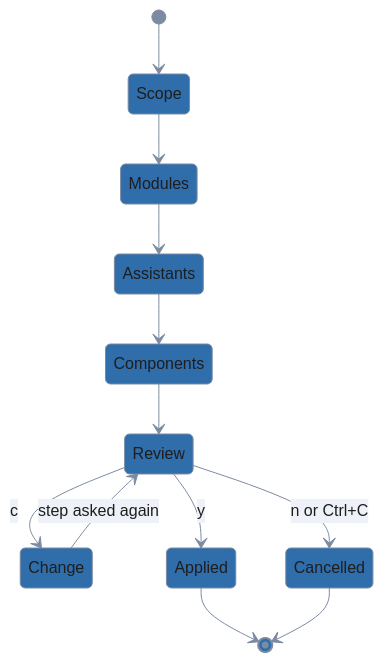
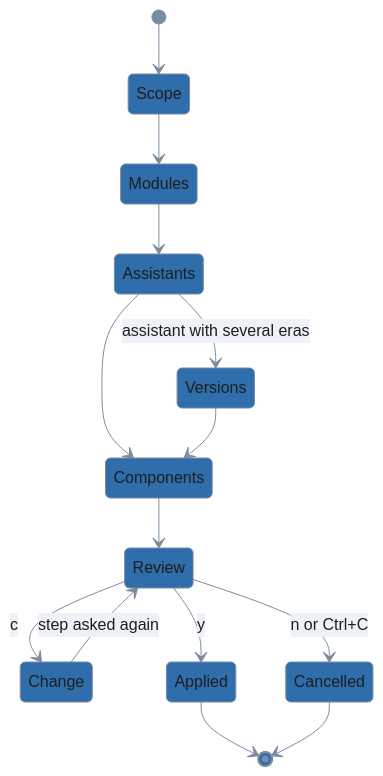
The diagram in docs/guides/choosing-what-to-install.md (trevor-vaughan/lola-go), drawn with Mermaid before and after one commit. The commit also changed other lines of this file and 58 other files, not shown here.

````diff
--- a/docs/guides/choosing-what-to-install.md
+++ b/docs/guides/choosing-what-to-install.md
@@ -13,30 +15,32 @@
 ```mermaid
 %%{init: {'theme': 'base', 'themeVariables': {
   'primaryColor': '#2f6dab',
   'primaryTextColor': '#1e1e1e',
   'primaryBorderColor': '#7c8ba1',
   'lineColor': '#7c8ba1',
   'edgeLabelBackground': '#eef2f8',
   'tertiaryColor': 'transparent',
   'tertiaryTextColor': '#7c8ba1',
   'tertiaryBorderColor': '#7c8ba1',
   'clusterBkg': 'transparent',
   'clusterBorder': '#7c8ba1',
   'titleColor': '#7c8ba1',
   'noteBkgColor': '#eef2f8',
   'noteTextColor': '#1e1e1e',
   'fontFamily': 'system-ui, sans-serif'
 }, 'themeCSS': '.node .nodeLabel{color:#ffffff!important;fill:#ffffff!important;}'}}%%
 stateDiagram-v2
   [*] --> Scope
   Scope --> Modules
   Modules --> Assistants
+  Assistants --> Versions: assistant with several eras
   Assistants --> Components
+  Versions --> Components
   Components --> Review
   Review --> Change: c
   Change --> Review: step asked again
   Review --> Applied: y
   Review --> Cancelled: n or Ctrl+C
   Applied --> [*]
   Cancelled --> [*]
 ```
````
